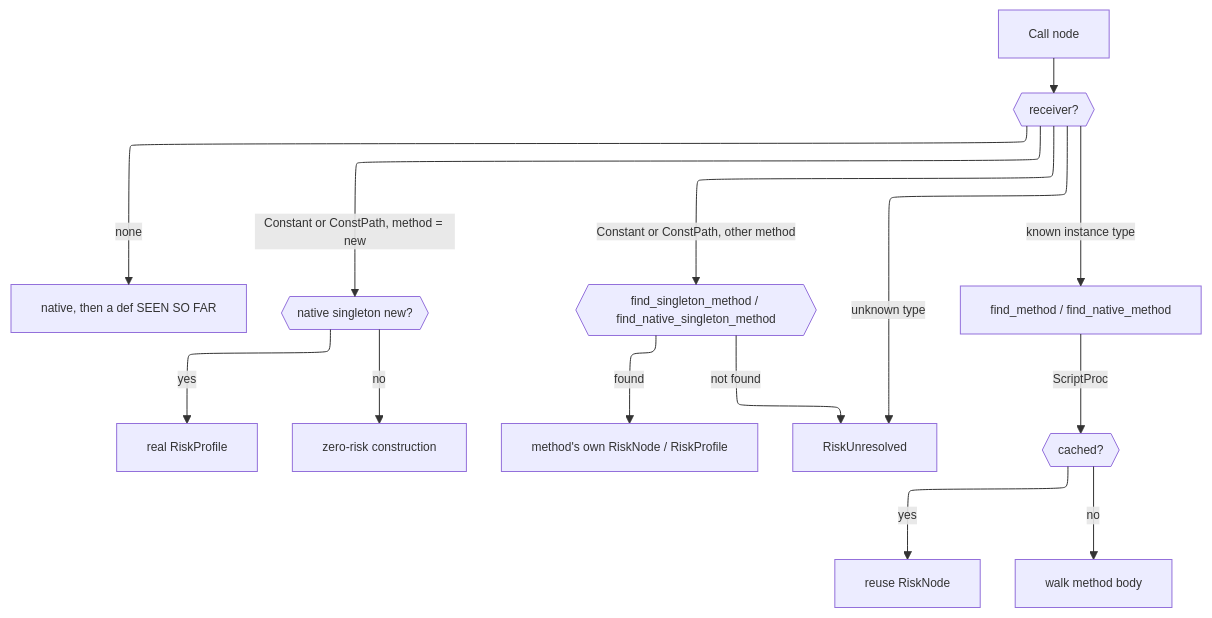
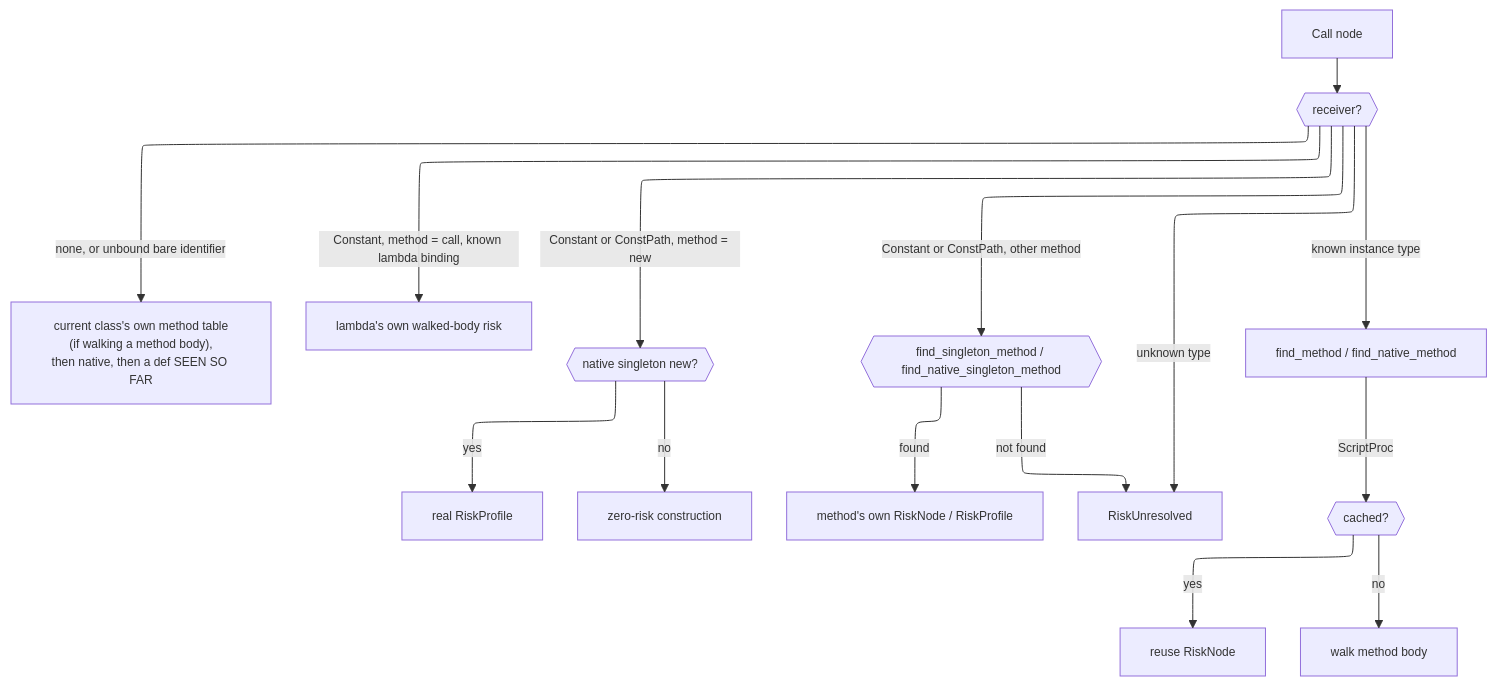
Before and after one commit to ModelArmy/adjutant.cr: diagram 12 of 12 in DEVELOPMENT.md, drawn with Mermaid. The commit also changed other lines of this file and 31 other files, not shown here.

````diff
--- a/DEVELOPMENT.md
+++ b/DEVELOPMENT.md
@@ -553,23 +561,24 @@
 ```mermaid
 ---
 displayMode: compact
 config:
   layout: elk
   themeVariables:
     fontSize: 12px
 ---
 flowchart TD
     Call[Call node] --> Recv{{receiver?}}
-    Recv -->|none| GlobalLookup["native, then a def SEEN SO FAR"]
+    Recv -->|none, or unbound bare identifier| GlobalLookup["current class's own method table\n(if walking a method body),\nthen native, then a def SEEN SO FAR"]
+    Recv -->|Constant, method = call, known lambda binding| ConstLambda[lambda's own walked-body risk]
     Recv -->|Constant or ConstPath, method = new| Ctor{{native singleton new?}}
     Ctor -->|yes| CtorRisk[real RiskProfile]
     Ctor -->|no| CtorZero[zero-risk construction]
     Recv -->|Constant or ConstPath, other method| SingLookup{{find_singleton_method / find_native_singleton_method}}
     SingLookup -->|found| SingRisk[method's own RiskNode / RiskProfile]
     SingLookup -->|not found| Unresolved
     Recv -->|known instance type| ClassLookup["find_method / find_native_method"]
     Recv -->|unknown type| Unresolved[RiskUnresolved]
     ClassLookup -->|ScriptProc| Memo{{cached?}}
     Memo -->|yes| Cached[reuse RiskNode]
     Memo -->|no| WalkBody[walk method body]
 ```
````
